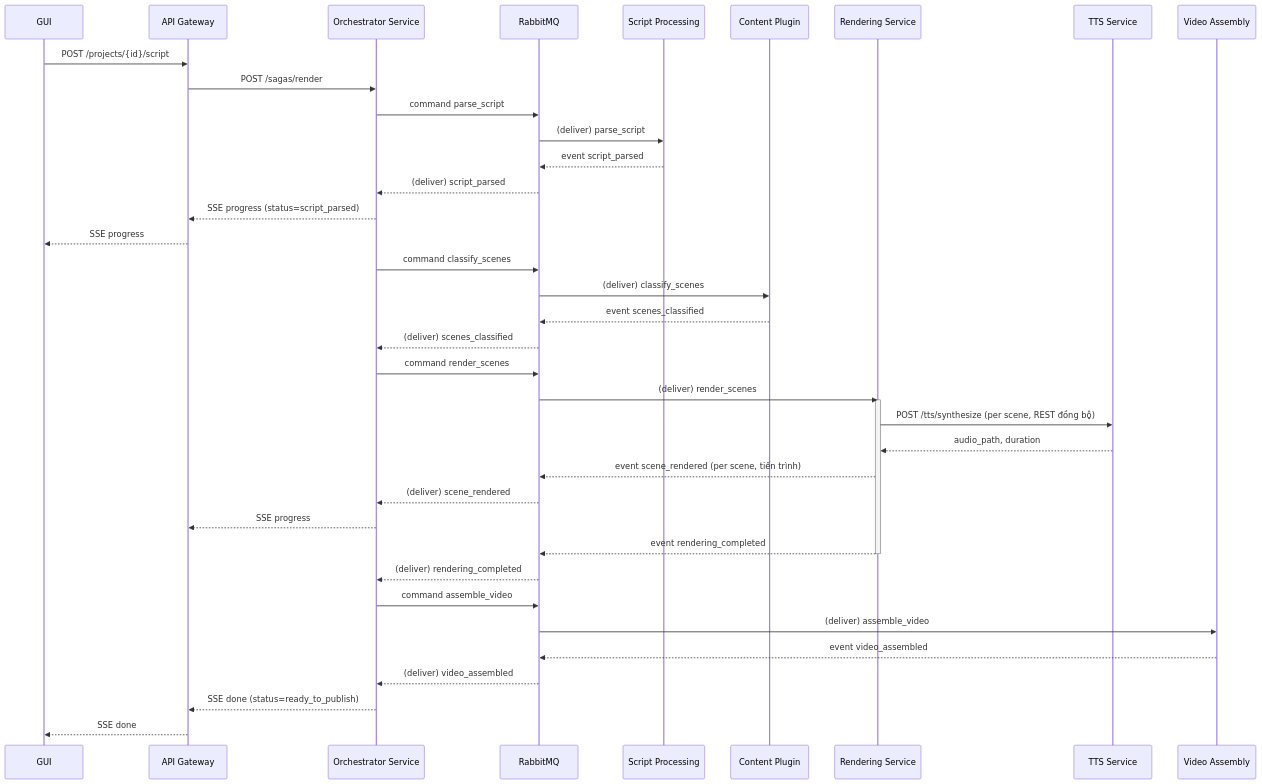
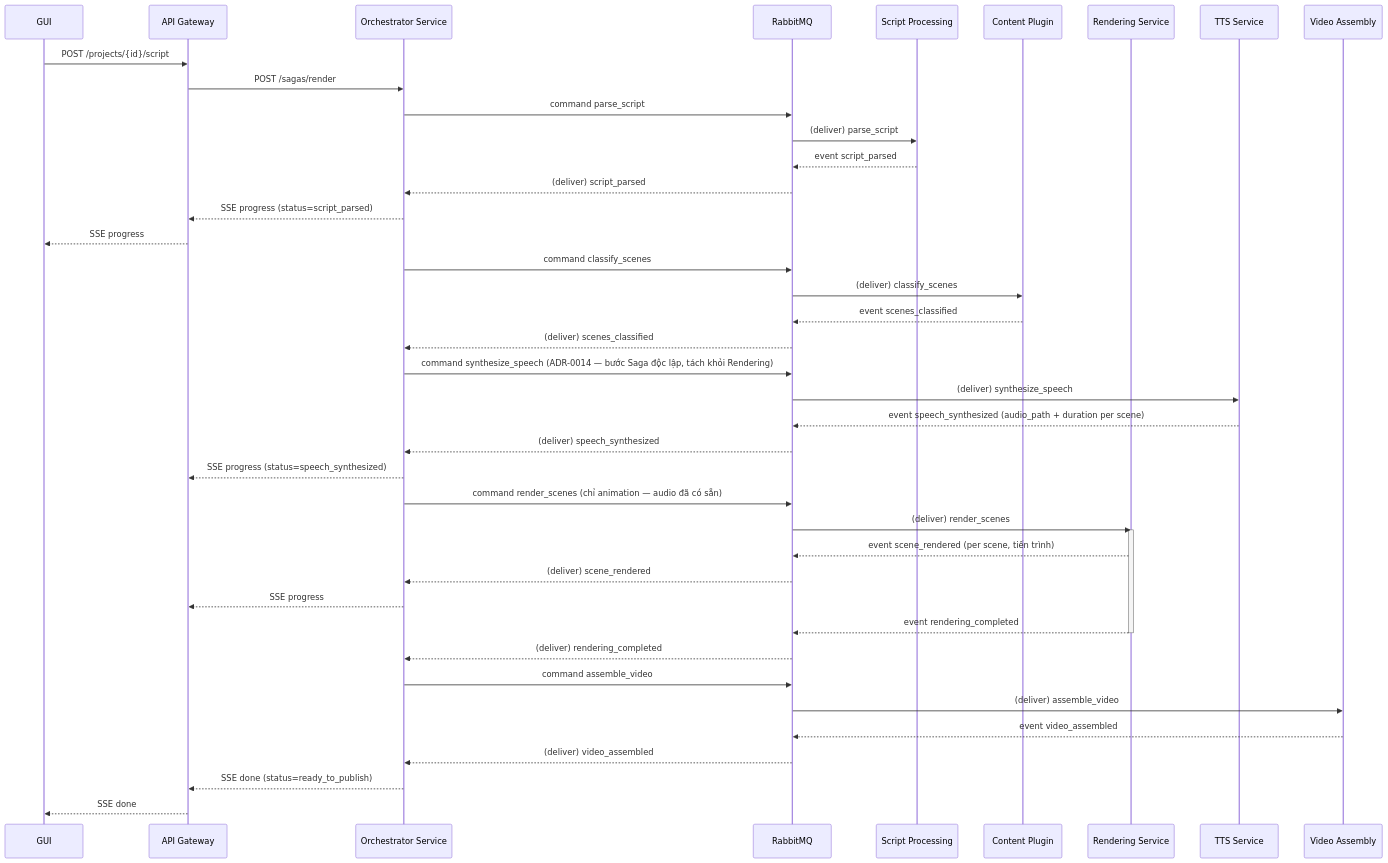
The first of 2 diagrams in aidlc-docs/inception/application-design/services.md (ngoc31031997/ConceptFlow), drawn with Mermaid before and after one commit. The commit also changed other lines of this file and 15 other files, not shown here.

````diff
--- a/aidlc-docs/inception/application-design/services.md
+++ b/aidlc-docs/inception/application-design/services.md
@@ -7,45 +9,49 @@
 ```mermaid
 sequenceDiagram
     participant GUI
     participant GW as API Gateway
     participant ORCH as Orchestrator Service
     participant MQ as RabbitMQ
     participant SP as Script Processing
     participant CP as Content Plugin
     participant RD as Rendering Service
     participant TTS as TTS Service
     participant VA as Video Assembly
 
     GUI->>GW: POST /projects/{id}/script
     GW->>ORCH: POST /sagas/render
     ORCH->>MQ: command parse_script
     MQ->>SP: (deliver) parse_script
     SP-->>MQ: event script_parsed
     MQ-->>ORCH: (deliver) script_parsed
     ORCH-->>GW: SSE progress (status=script_parsed)
     GW-->>GUI: SSE progress
 
     ORCH->>MQ: command classify_scenes
     MQ->>CP: (deliver) classify_scenes
     CP-->>MQ: event scenes_classified
     MQ-->>ORCH: (deliver) scenes_classified
 
-    ORCH->>MQ: command render_scenes
+    ORCH->>MQ: command synthesize_speech (ADR-0014 — bước Saga độc lập, tách khỏi Rendering)
+    MQ->>TTS: (deliver) synthesize_speech
+    TTS-->>MQ: event speech_synthesized (audio_path + duration per scene)
+    MQ-->>ORCH: (deliver) speech_synthesized
+    ORCH-->>GW: SSE progress (status=speech_synthesized)
+
+    ORCH->>MQ: command render_scenes (chỉ animation — audio đã có sẵn)
     MQ->>RD: (deliver) render_scenes
     activate RD
-    RD->>TTS: POST /tts/synthesize (per scene, REST đồng bộ)
-    TTS-->>RD: audio_path, duration
     RD-->>MQ: event scene_rendered (per scene, tiến trình)
     MQ-->>ORCH: (deliver) scene_rendered
     ORCH-->>GW: SSE progress
     RD-->>MQ: event rendering_completed
     deactivate RD
     MQ-->>ORCH: (deliver) rendering_completed
 
     ORCH->>MQ: command assemble_video
     MQ->>VA: (deliver) assemble_video
     VA-->>MQ: event video_assembled
     MQ-->>ORCH: (deliver) video_assembled
     ORCH-->>GW: SSE done (status=ready_to_publish)
     GW-->>GUI: SSE done
 ```
````
